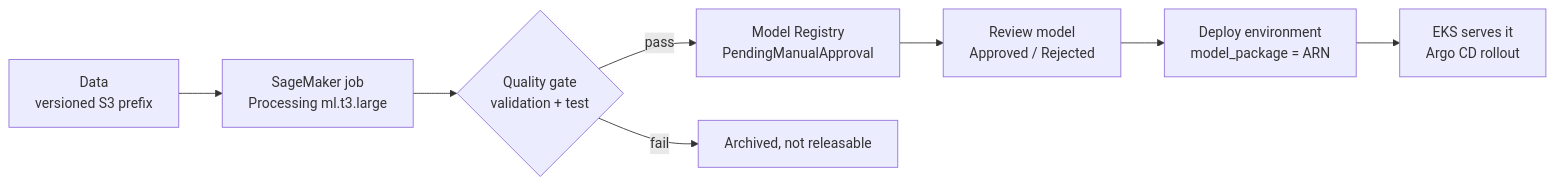
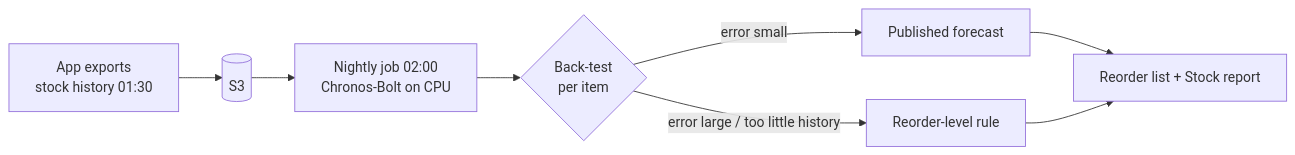
Before and after one commit to bawantha395/workshop-stock-management-system-mlops: the diagram in docs/MLOPS.md, drawn with Mermaid. The commit also changed other lines of this file and 250 other files, not shown here.

````diff
--- a/docs/MLOPS.md
+++ b/docs/MLOPS.md
@@ -14,8 +14,10 @@
 ```mermaid
 flowchart LR
-  D[Data<br/>versioned S3 prefix] --> J[SageMaker job<br/>Processing ml.t3.large] --> G{Quality gate<br/>validation + test}
-  G -- pass --> R[Model Registry<br/>PendingManualApproval]
-  G -- fail --> X[Archived, not releasable]
-  R --> V[Review model<br/>Approved / Rejected]
-  V --> L[Deploy environment<br/>model_package = ARN] --> E[EKS serves it<br/>Argo CD rollout]
+  A[App exports<br/>stock history 01:30] --> S[(S3)]
+  S --> F[Nightly job 02:00<br/>Chronos-Bolt on CPU]
+  F --> G{Back-test<br/>per item}
+  G -- error small --> P[Published forecast]
+  G -- error large / too little history --> R[Reorder-level rule]
+  P --> W[Reorder list + Stock report]
+  R --> W
 ```
````
